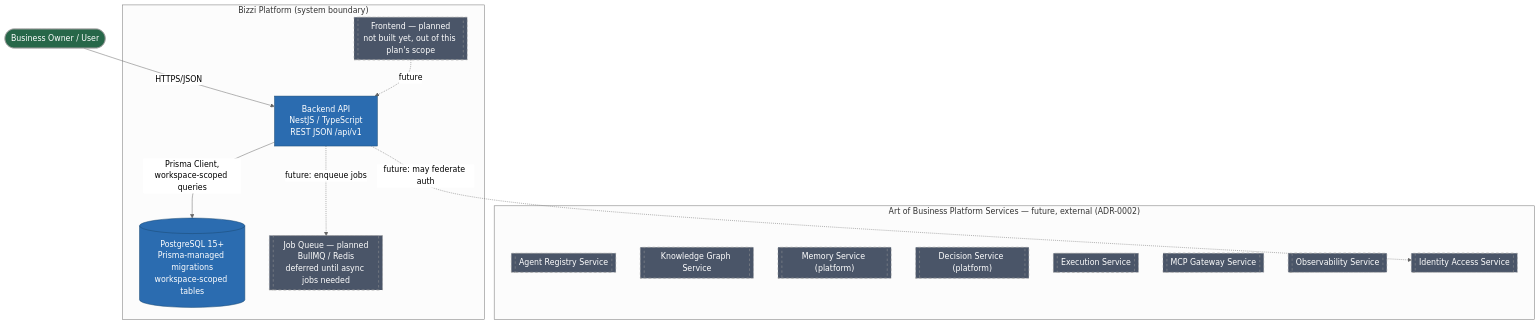
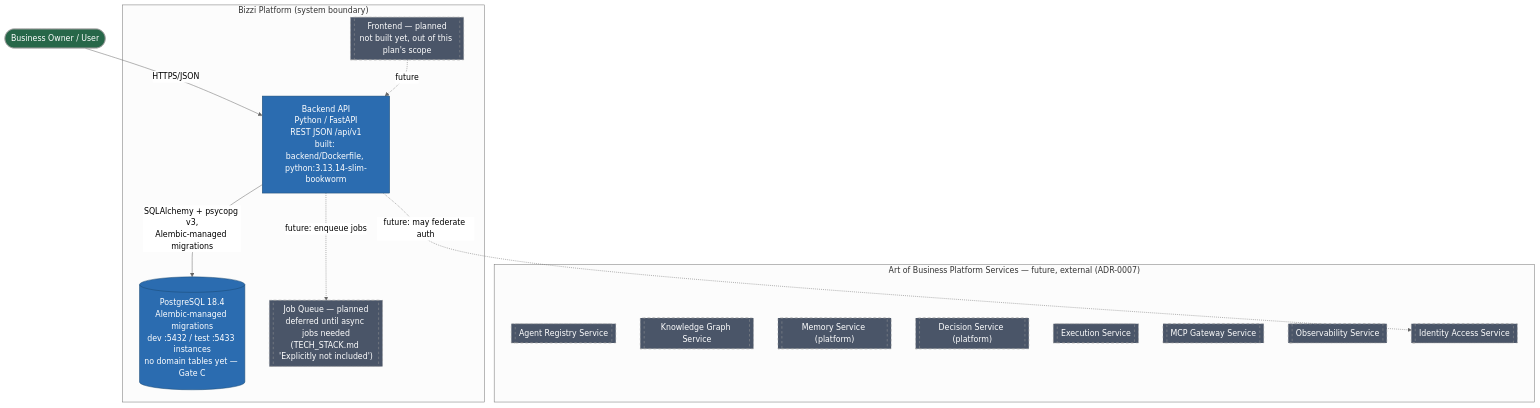
One commit to ArtheosClub/Bizzi_Project changed the diagram in docs/c4/C2_CONTAINER.md. Above: the diagram before and after it, drawn with Mermaid (neutral theme). The commit also changed other lines of this file and 4 other files, not shown here.

````diff
--- a/docs/c4/C2_CONTAINER.md
+++ b/docs/c4/C2_CONTAINER.md
@@ -7,42 +11,42 @@
 ```mermaid
 flowchart TB
     owner(["Business Owner / User"])
 
     subgraph BIZZI["Bizzi Platform (system boundary)"]
-        api["Backend API<br/>NestJS / TypeScript<br/>REST JSON /api/v1"]
-        db[("PostgreSQL 15+<br/>Prisma-managed migrations<br/>workspace-scoped tables")]
-        jobs[["Job Queue — planned<br/>BullMQ / Redis<br/>deferred until async jobs needed"]]
+        api["Backend API<br/>Python / FastAPI<br/>REST JSON /api/v1<br/>built: backend/Dockerfile, python:3.13.14-slim-bookworm"]
+        db[("PostgreSQL 18.4<br/>Alembic-managed migrations<br/>dev :5432 / test :5433 instances<br/>no domain tables yet — Gate C")]
+        jobs[["Job Queue — planned<br/>deferred until async jobs needed<br/>(TECH_STACK.md 'Explicitly not included')"]]
         spa[["Frontend — planned<br/>not built yet, out of this plan's scope"]]
     end
 
-    subgraph PLATFORM["Art of Business Platform Services — future, external (ADR-0002)"]
+    subgraph PLATFORM["Art of Business Platform Services — future, external (ADR-0007)"]
         agentRegistry[["Agent Registry Service"]]
         knowledgeGraph[["Knowledge Graph Service"]]
         memorySvc[["Memory Service (platform)"]]
         decisionSvc[["Decision Service (platform)"]]
         executionSvc[["Execution Service"]]
         mcpGw[["MCP Gateway Service"]]
         observability[["Observability Service"]]
         identitySvc[["Identity Access Service"]]
     end
 
     owner -->|"HTTPS/JSON"| api
-    api -->|"Prisma Client,<br/>workspace-scoped queries"| db
+    api -->|"SQLAlchemy + psycopg v3,<br/>Alembic-managed migrations"| db
     api -.->|"future: enqueue jobs"| jobs
     spa -.->|"future"| api
     api -.->|"future: may federate auth"| identitySvc
 
     style api fill:#2b6cb0,color:#fff,stroke:#1a4971
     style db fill:#2b6cb0,color:#fff,stroke:#1a4971
     style owner fill:#276749,color:#fff
     style jobs fill:#4a5568,color:#fff,stroke-dasharray: 5 5
     style spa fill:#4a5568,color:#fff,stroke-dasharray: 5 5
     style agentRegistry fill:#4a5568,color:#fff,stroke-dasharray: 5 5
     style knowledgeGraph fill:#4a5568,color:#fff,stroke-dasharray: 5 5
     style memorySvc fill:#4a5568,color:#fff,stroke-dasharray: 5 5
     style decisionSvc fill:#4a5568,color:#fff,stroke-dasharray: 5 5
     style executionSvc fill:#4a5568,color:#fff,stroke-dasharray: 5 5
     style mcpGw fill:#4a5568,color:#fff,stroke-dasharray: 5 5
     style observability fill:#4a5568,color:#fff,stroke-dasharray: 5 5
     style identitySvc fill:#4a5568,color:#fff,stroke-dasharray: 5 5
 ```
````
